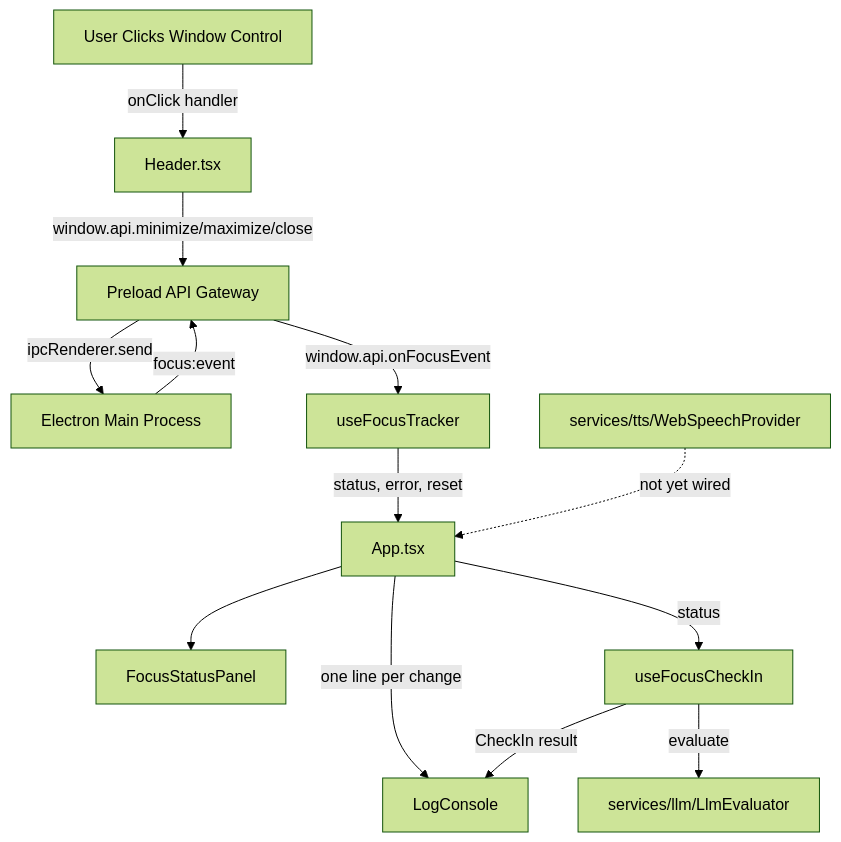
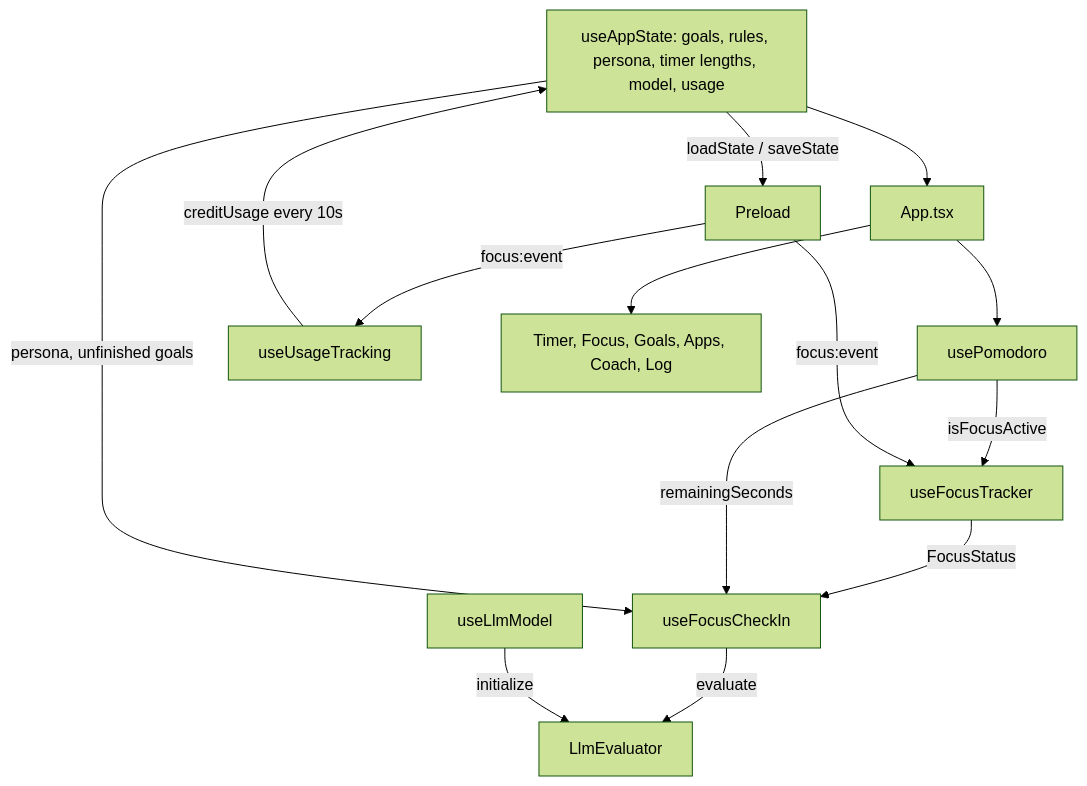
One commit to Masterslayer7/FocusSentinel changed the diagram in src/renderer/CONTEXT.md. Above: the diagram before and after it, drawn with Mermaid (forest theme). The commit also changed other lines of this file and 22 other files, not shown here.

First line of the commit message:
feat(ui): goals, Pomodoro, app rules, personality and model UI

````diff
--- a/src/renderer/CONTEXT.md
+++ b/src/renderer/CONTEXT.md
@@ -29,17 +35,16 @@
 ```mermaid
 graph TD
-    User[User Clicks Window Control] -->|onClick handler| Header[Header.tsx]
-    Header -->|window.api.minimize/maximize/close| Preload[Preload API Gateway]
-    Preload -->|ipcRenderer.send| Main[Electron Main Process]
-
-    Main -->|focus:event| Preload
-    Preload -->|window.api.onFocusEvent| Hook[useFocusTracker]
-    Hook -->|status, error, reset| App[App.tsx]
-    App --> Panel[FocusStatusPanel]
-    App -->|one line per change| Log[LogConsole]
-
-    App -->|status| CheckIn[useFocusCheckIn]
-    CheckIn -->|evaluate| LLM[services/llm/LlmEvaluator]
-    CheckIn -->|CheckIn result| Log
-    TTS[services/tts/WebSpeechProvider] -.not yet wired.-> App
+    State[useAppState: goals, rules, persona, timer lengths, model, usage] -->|loadState / saveState| Preload[Preload]
+    State --> App[App.tsx]
+    App --> Timer[usePomodoro]
+    Timer -->|isFocusActive| Tracker[useFocusTracker]
+    Preload -->|focus:event| Tracker
+    Preload -->|focus:event| Usage[useUsageTracking]
+    Usage -->|creditUsage every 10s| State
+    Tracker -->|FocusStatus| CheckIn[useFocusCheckIn]
+    Timer -->|remainingSeconds| CheckIn
+    State -->|persona, unfinished goals| CheckIn
+    CheckIn -->|evaluate| LLM[LlmEvaluator]
+    Model[useLlmModel] -->|initialize| LLM
+    App --> Panels[Timer, Focus, Goals, Apps, Coach, Log]
 ```
````
